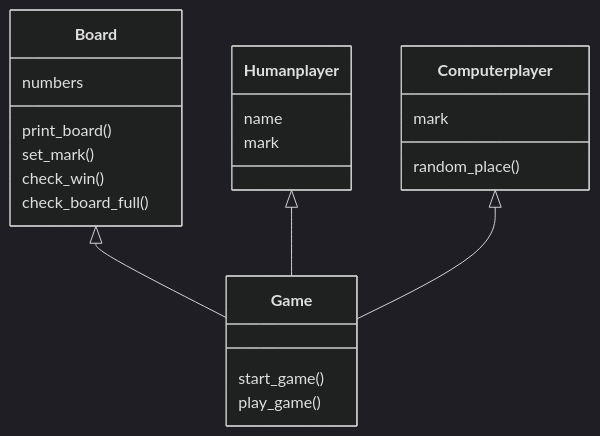
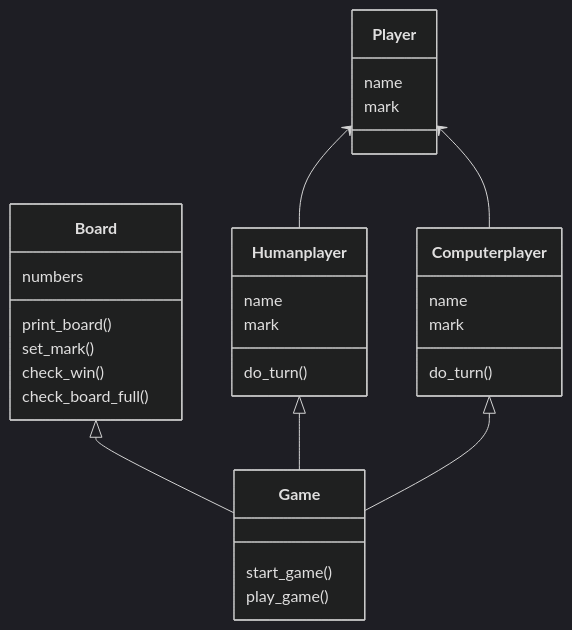
The diagram in dokumentaatio/arkkitehtuuri.md (lauurap/ot-harjoitustyo), drawn with Mermaid (dark theme) before and after one commit. The commit also changed 1 other file, not shown here.

Commit message:
luokkakaavio

````diff
--- a/dokumentaatio/arkkitehtuuri.md
+++ b/dokumentaatio/arkkitehtuuri.md
@@ -5,26 +5,34 @@
 ```mermaid
  classDiagram
       Board <|-- Game
       Humanplayer <|-- Game
       Computerplayer <|-- Game
+      Player <-- Humanplayer
+      Player <-- Computerplayer
       class Board{
           numbers
           print_board()
           set_mark()
           check_win()
           check_board_full()
 
       }
       class Game{
           start_game()
           play_game()
       }
       class Humanplayer{
           name
           mark
+          do_turn()
       }
       class Computerplayer{
+          name
           mark
-          random_place()
+          do_turn()
+      }
+      class Player{
+          name
+          mark
       }
 ```
````
